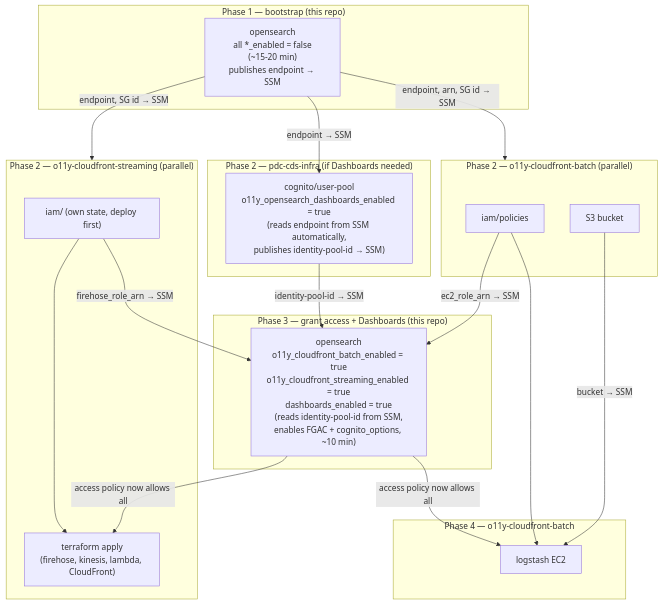
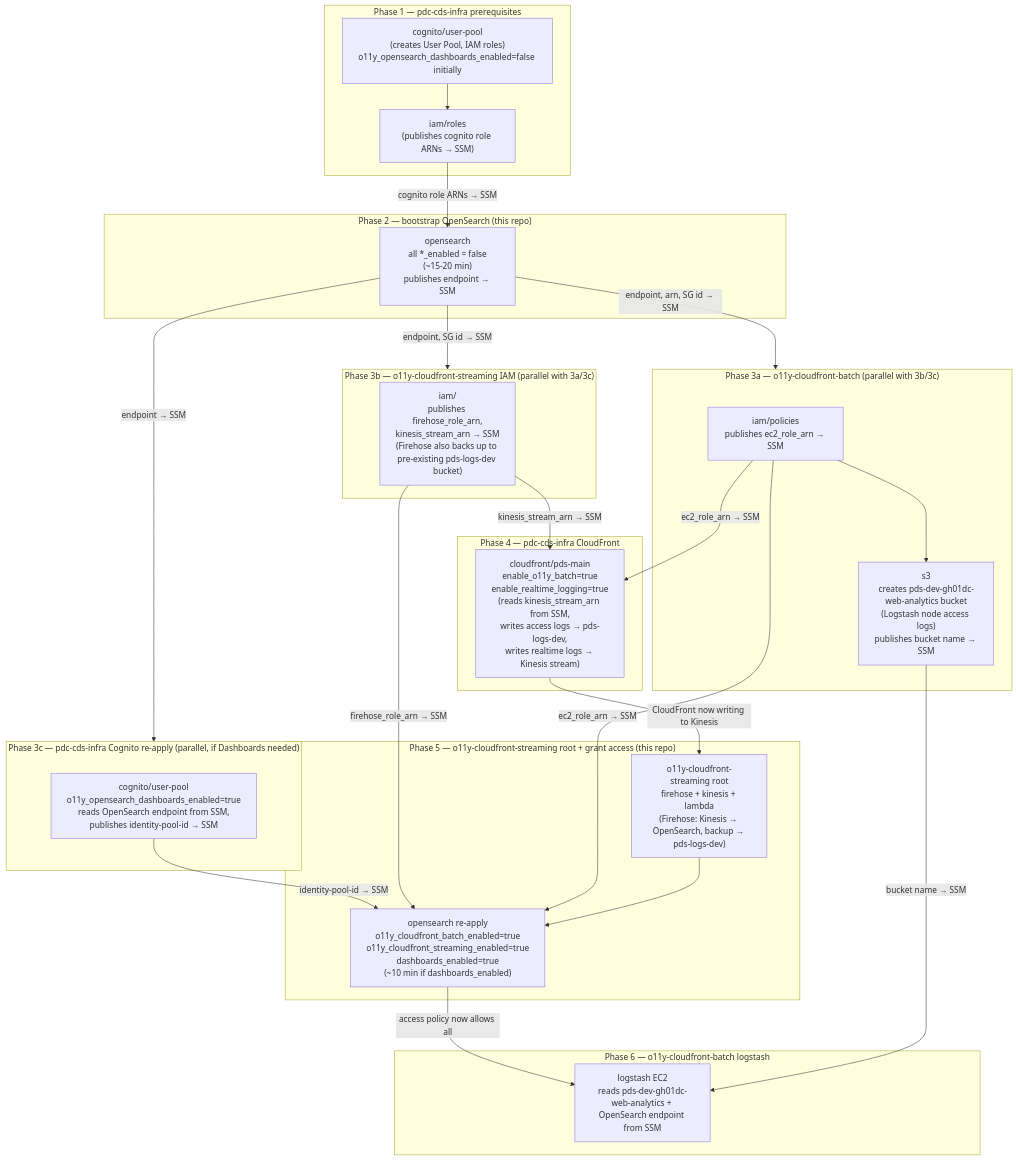
One commit to NASA-PDS/o11y-platform changed the second of 2 diagrams in terraform/README.md. Above: the diagram before and after it, drawn with Mermaid. The commit also changed other lines of this file, not shown here.

Commit message:
Fix deployment flow: add pdc-cds-infra prereqs, CloudFront phase, two log buckets
Phase 1 is pdc-cds-infra cognito/user-pool + iam/roles (shared prereqs).
Phases 3a/3b/3c are parallel after OpenSearch bootstrap. Phase 4 is
pdc-cds-infra CloudFront (needs kinesis_stream_arn in SSM). Phase 5 is
o11y-cloudfront-streaming root (after CloudFront is writing to Kinesis)
plus flipping OpenSearch consumer flags. Clarifies two distinct buckets:
pds-logs-dev (pre-existing, CloudFront access logs + Firehose backup) and
pds-dev-gh01dc-web-analytics (o11y-cloudfront-batch, Logstash node logs).

````diff
--- a/terraform/README.md
+++ b/terraform/README.md
@@ -70,40 +70,53 @@
 ```mermaid
 flowchart TD
-    subgraph p1["Phase 1 — bootstrap (this repo)"]
+    subgraph p1["Phase 1 — pdc-cds-infra prerequisites"]
+        COGPOOL["cognito/user-pool\n(creates User Pool, IAM roles)\no11y_opensearch_dashboards_enabled=false initially"]
+        IAMROLES["iam/roles\n(publishes cognito role ARNs → SSM)"]
+        COGPOOL --> IAMROLES
+    end
+
+    subgraph p2["Phase 2 — bootstrap OpenSearch (this repo)"]
         OS1["opensearch\nall *_enabled = false\n(~15-20 min)\npublishes endpoint → SSM"]
     end
 
-    subgraph p2["Phase 2 — pdc-cds-infra (if Dashboards needed)"]
-        CDS["cognito/user-pool\no11y_opensearch_dashboards_enabled = true\n(reads endpoint from SSM automatically,\npublishes identity-pool-id → SSM)"]
+    subgraph p3a["Phase 3a — o11y-cloudfront-batch (parallel with 3b/3c)"]
+        BIAM["iam/policies\npublishes ec2_role_arn → SSM"]
+        BS3["s3\ncreates pds-dev-gh01dc-web-analytics bucket\n(Logstash node access logs)\npublishes bucket name → SSM"]
+        BIAM --> BS3
     end
 
-    subgraph p2wa["Phase 2 — o11y-cloudfront-batch (parallel)"]
-        IAM["iam/policies"]
-        S3["S3 bucket"]
+    subgraph p3b["Phase 3b — o11y-cloudfront-streaming IAM (parallel with 3a/3c)"]
+        CFIAM["iam/\npublishes firehose_role_arn,\nkinesis_stream_arn → SSM\n(Firehose also backs up to pre-existing pds-logs-dev bucket)"]
     end
 
-    subgraph p2cf["Phase 2 — o11y-cloudfront-streaming (parallel)"]
-        CFIAM["iam/ (own state, deploy first)"]
-        CFMAIN["terraform apply\n(firehose, kinesis, lambda, CloudFront)"]
-        CFIAM --> CFMAIN
+    subgraph p3c["Phase 3c — pdc-cds-infra Cognito re-apply (parallel, if Dashboards needed)"]
+        CDS["cognito/user-pool\no11y_opensearch_dashboards_enabled=true\nreads OpenSearch endpoint from SSM,\npublishes identity-pool-id → SSM"]
     end
 
-    subgraph p3["Phase 3 — grant access + Dashboards (this repo)"]
-        OS2["opensearch\no11y_cloudfront_batch_enabled = true\no11y_cloudfront_streaming_enabled = true\ndashboards_enabled = true\n(reads identity-pool-id from SSM,\nenables FGAC + cognito_options, ~10 min)"]
+    subgraph p4["Phase 4 — pdc-cds-infra CloudFront"]
+        CF["cloudfront/pds-main\nenable_o11y_batch=true\nenable_realtime_logging=true\n(reads kinesis_stream_arn from SSM,\nwrites access logs → pds-logs-dev,\nwrites realtime logs → Kinesis stream)"]
     end
 
-    subgraph p4["Phase 4 — o11y-cloudfront-batch"]
-        LS["logstash EC2"]
+    subgraph p5["Phase 5 — o11y-cloudfront-streaming root + grant access (this repo)"]
+        CFMAIN["o11y-cloudfront-streaming root\nfirehose + kinesis + lambda\n(Firehose: Kinesis → OpenSearch, backup → pds-logs-dev)"]
+        OS2["opensearch re-apply\no11y_cloudfront_batch_enabled=true\no11y_cloudfront_streaming_enabled=true\ndashboards_enabled=true\n(~10 min if dashboards_enabled)"]
     end
 
-    OS1 -->|"endpoint → SSM"| CDS
-    OS1 -->|"endpoint, arn, SG id → SSM"| p2wa
-    OS1 -->|"endpoint, SG id → SSM"| p2cf
+    subgraph p6["Phase 6 — o11y-cloudfront-batch logstash"]
+        LS["logstash EC2\nreads pds-dev-gh01dc-web-analytics + OpenSearch endpoint from SSM"]
+    end
+
+    IAMROLES -->|"cognito role ARNs → SSM"| OS1
+    OS1 -->|"endpoint, arn, SG id → SSM"| p3a
+    OS1 -->|"endpoint, SG id → SSM"| p3b
+    OS1 -->|"endpoint → SSM"| p3c
+    BIAM -->|"ec2_role_arn → SSM"| CF
+    CFIAM -->|"kinesis_stream_arn → SSM"| CF
     CDS -->|"identity-pool-id → SSM"| OS2
-    IAM -->|"ec2_role_arn → SSM"| OS2
     CFIAM -->|"firehose_role_arn → SSM"| OS2
+    BIAM -->|"ec2_role_arn → SSM"| OS2
+    CF -->|"CloudFront now writing to Kinesis"| CFMAIN
+    CFMAIN --> OS2
     OS2 -->|"access policy now allows all"| LS
-    OS2 -->|"access policy now allows all"| CFMAIN
-    IAM --> LS
-    S3 -->|"bucket → SSM"| LS
+    BS3 -->|"bucket name → SSM"| LS
 ```
````
